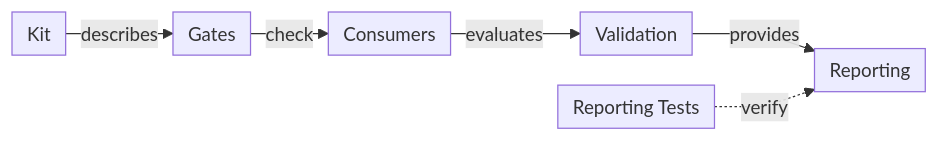
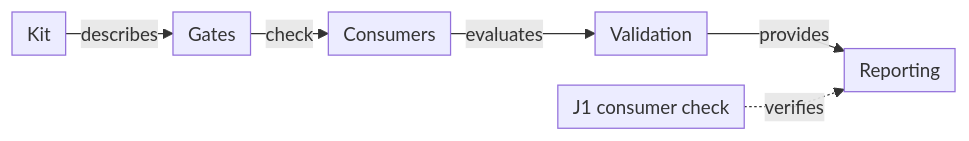
One commit to crististefanita/atf_j1 changed the fifth of 5 diagrams in docs/ATF_AI_Evaluation_Design.md. Above: the diagram before and after it, drawn with Mermaid. The commit also changed other lines of this file and 66 other files, not shown here.

````diff
--- a/docs/ATF_AI_Evaluation_Design.md
+++ b/docs/ATF_AI_Evaluation_Design.md
@@ -1493,9 +1494,9 @@
 ```mermaid
 %%{init: {"themeVariables":{"fontSize":"15px"},"themeCSS":".nodeLabel, .nodeLabel p { font-size: 15px !important; line-height: 1.35 !important; } .edgeLabel, .edgeLabel p { font-size: 12px !important; font-weight: 400 !important; line-height: 1.2 !important; } .edgeLabel .labelBkg, .edgeLabel p { background: transparent !important; } .edgeLabel foreignObject { transform: translateY(-18px); overflow: visible; } .node rect { rx: 6px; ry: 6px; }","flowchart":{"curve":"linear","nodeSpacing":24,"rankSpacing":24,"padding":6,"diagramPadding":20}}}%%
 flowchart LR
     Kit["Kit"] -->|describes| Gates["Gates"]
     Gates -->|check| Consumer["Consumers"]
     Consumer -->|evaluates| Validation["Validation"]
     Validation -->|provides| Report["Reporting"]
-    Proof["Reporting Tests"] -.->|verify| Report
+    Proof["J1 consumer check"] -.->|verifies| Report
 ```
````
